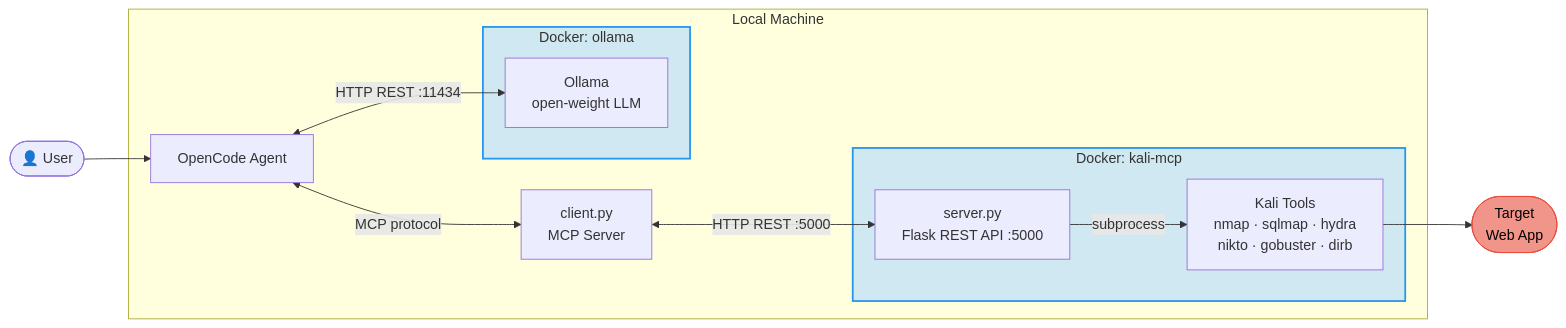
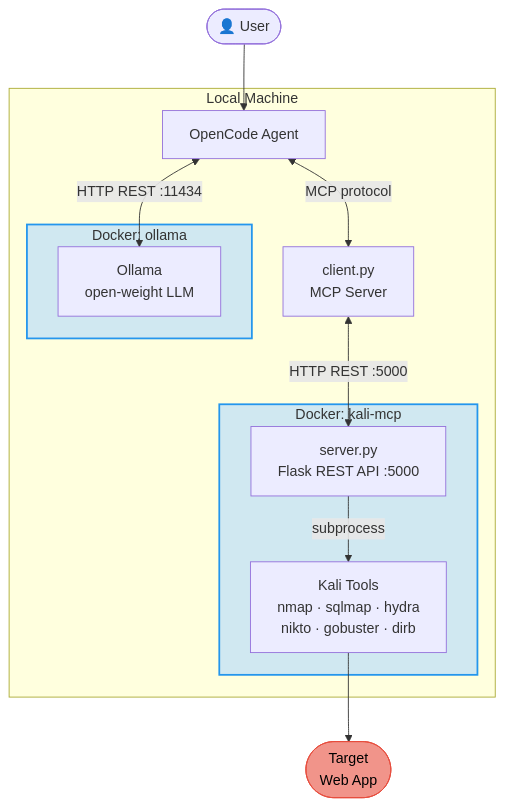
Before and after one commit to hiperesfera/Michos: the diagram in Readme.md, drawn with Mermaid.

Commit message:
Revise OpenCode Agent and Ollama descriptions in Readme
Updated the description of OpenCode Agent and Ollama.

````diff
--- a/Readme.md
+++ b/Readme.md
@@ -21,29 +21,29 @@
 ```mermaid
-flowchart LR
+flowchart TD
     User(["👤 User"]) --> Agent
 
     subgraph Local["Local Machine"]
         Agent["OpenCode Agent"]
         MCP["client.py\nMCP Server"]
 
         subgraph OllamaC["Docker: ollama"]
             Ollama["Ollama\nopen-weight LLM"]
         end
 
         subgraph KaliC["Docker: kali-mcp"]
             API["server.py\nFlask REST API :5000"]
             Tools["Kali Tools\nnmap · sqlmap · hydra\nnikto · gobuster · dirb"]
         end
 
         Agent <-->|"HTTP REST :11434"| Ollama
         Agent <-->|"MCP protocol"| MCP
         MCP <-->|"HTTP REST :5000"| API
         API -->|"subprocess"| Tools
     end
 
     Tools --> Target(["Target\nWeb App"])
 
     style OllamaC fill:#d0e8f1,stroke:#2496ed,stroke-width:2px
     style KaliC fill:#d0e8f1,stroke:#2496ed,stroke-width:2px
     style Target fill:#f1948a,stroke:#e74c3c,color:#000
 ```
````
